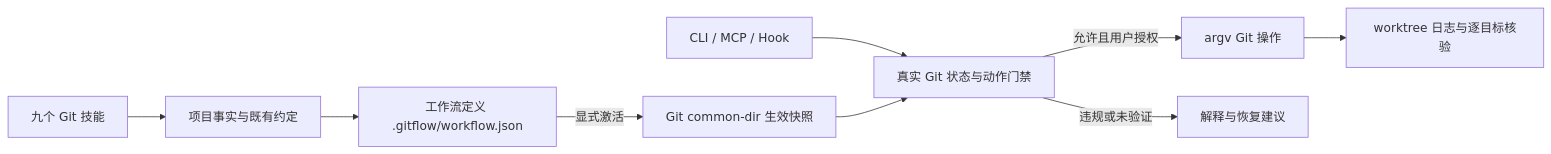
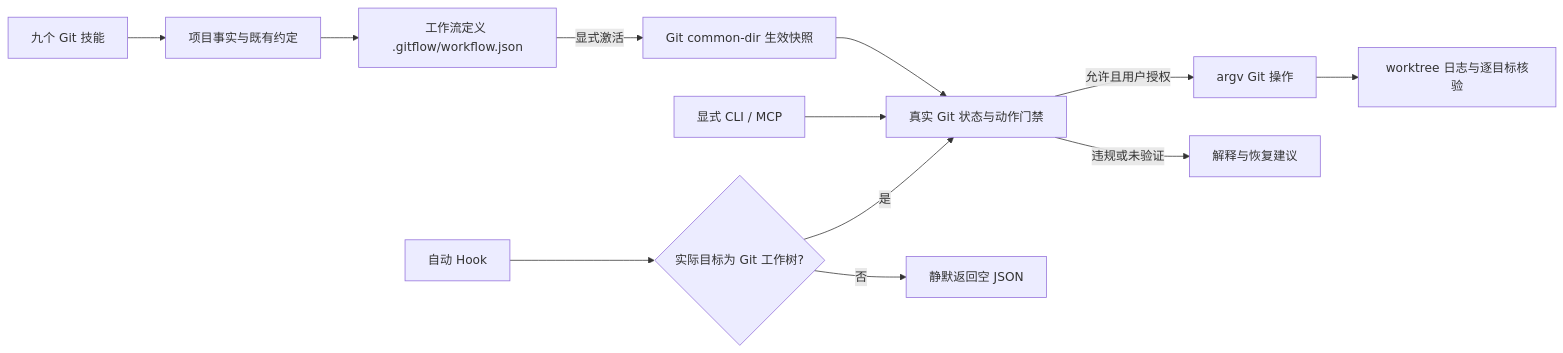
The diagram in README.md (full-stack-plugins/gitflow-plugin), drawn with Mermaid before and after one commit. The commit also changed other lines of this file and 22 other files, not shown here.

````diff
--- a/README.md
+++ b/README.md
@@ -9,11 +9,14 @@
 ```mermaid
 flowchart LR
   A[九个 Git 技能] --> B[项目事实与既有约定]
   B --> C[工作流定义 .gitflow/workflow.json]
   C -->|显式激活| D[Git common-dir 生效快照]
-  H[CLI / MCP / Hook] --> E[真实 Git 状态与动作门禁]
+  H[自动 Hook] --> I{实际目标为 Git 工作树?}
+  I -->|是| E[真实 Git 状态与动作门禁]
+  I -->|否| N[静默返回空 JSON]
+  M[显式 CLI / MCP] --> E
   D --> E
   E -->|允许且用户授权| F[argv Git 操作]
   E -->|违规或未验证| G[解释与恢复建议]
   F --> J[worktree 日志与逐目标核验]
 ```
````
